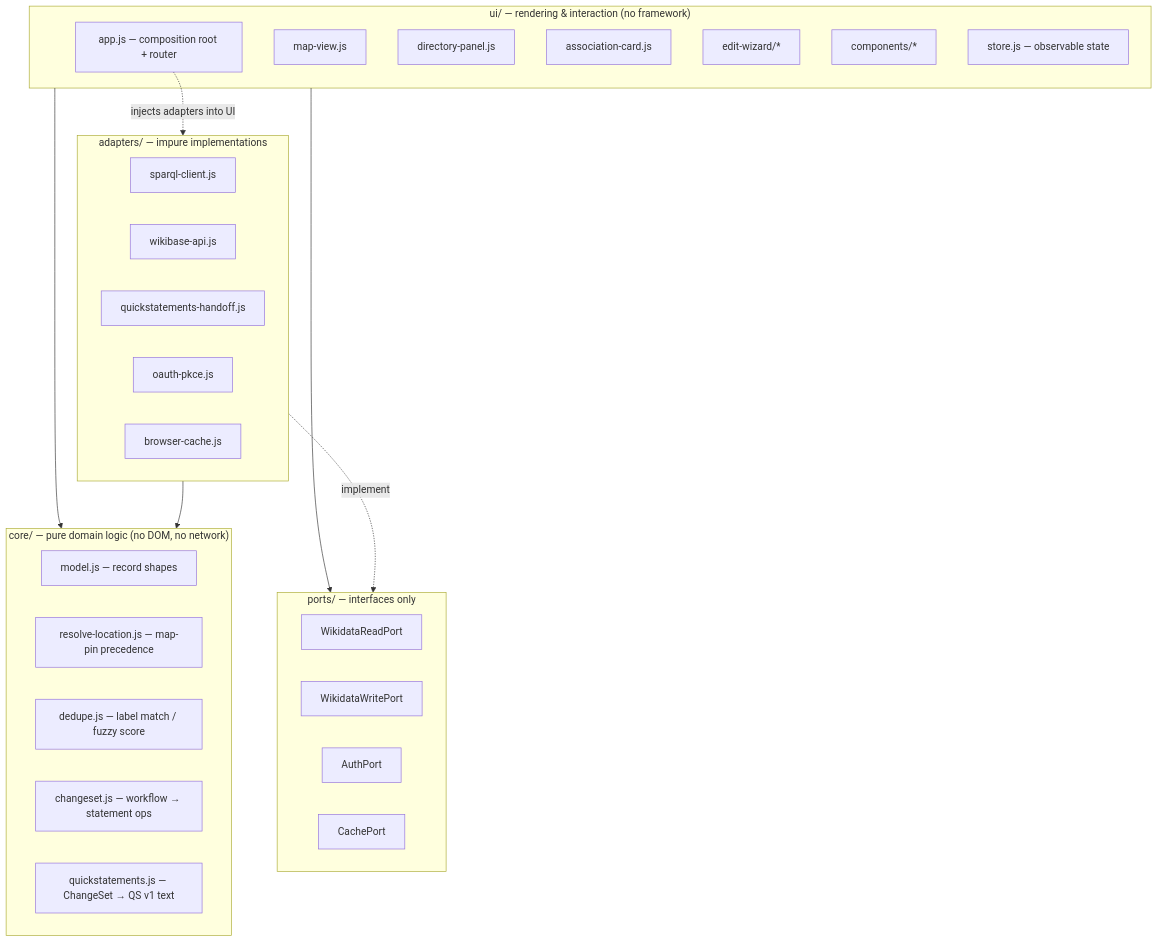
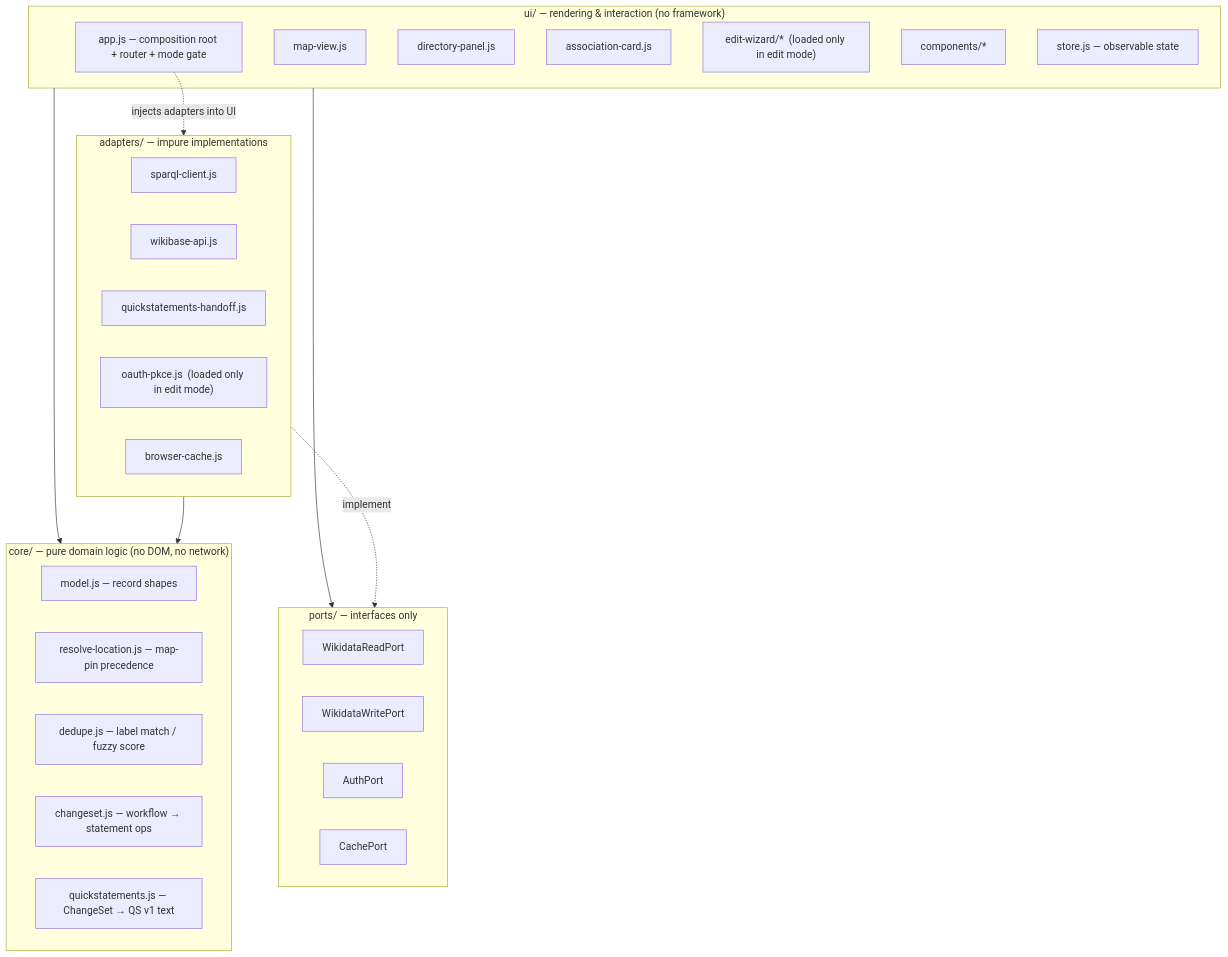
Before and after one commit to cboulanger/socio-legal-wikidata: the diagram in docs/spec/2026-09-02-ui-design.md, drawn with Mermaid. The commit also changed other lines of this file and 2 other files, not shown here.

First line of the commit message:
Make the UI read-only by default; editing is an opt-in mode

````diff
--- a/docs/spec/2026-09-02-ui-design.md
+++ b/docs/spec/2026-09-02-ui-design.md
@@ -194,38 +225,38 @@
 ```mermaid
 flowchart TD
     subgraph UI["ui/ — rendering &amp; interaction (no framework)"]
-        APP["app.js — composition root + router"]
+        APP["app.js — composition root + router + mode gate"]
         MAPV["map-view.js"]
         PANEL["directory-panel.js"]
         CARD["association-card.js"]
-        WIZ["edit-wizard/*"]
+        WIZ["edit-wizard/*  (loaded only in edit mode)"]
         CMP["components/*"]
         STORE["store.js — observable state"]
     end
     subgraph CORE["core/ — pure domain logic (no DOM, no network)"]
         MODEL["model.js — record shapes"]
         LOC["resolve-location.js — map-pin precedence"]
         DEDUPE["dedupe.js — label match / fuzzy score"]
         CS["changeset.js — workflow → statement ops"]
         QSER["quickstatements.js — ChangeSet → QS v1 text"]
     end
     subgraph PORTS["ports/ — interfaces only"]
         RP["WikidataReadPort"]
         WP["WikidataWritePort"]
         AUP["AuthPort"]
         CAP["CachePort"]
     end
     subgraph ADAPTERS["adapters/ — impure implementations"]
         SPARQL["sparql-client.js"]
         WBAPI["wikibase-api.js"]
         QSH["quickstatements-handoff.js"]
-        OA["oauth-pkce.js"]
+        OA["oauth-pkce.js  (loaded only in edit mode)"]
         BC["browser-cache.js"]
     end
 
     UI --> CORE
     UI --> PORTS
     ADAPTERS --> CORE
     ADAPTERS -. implement .-> PORTS
     APP -. injects adapters into UI .-> ADAPTERS
 ```
````
